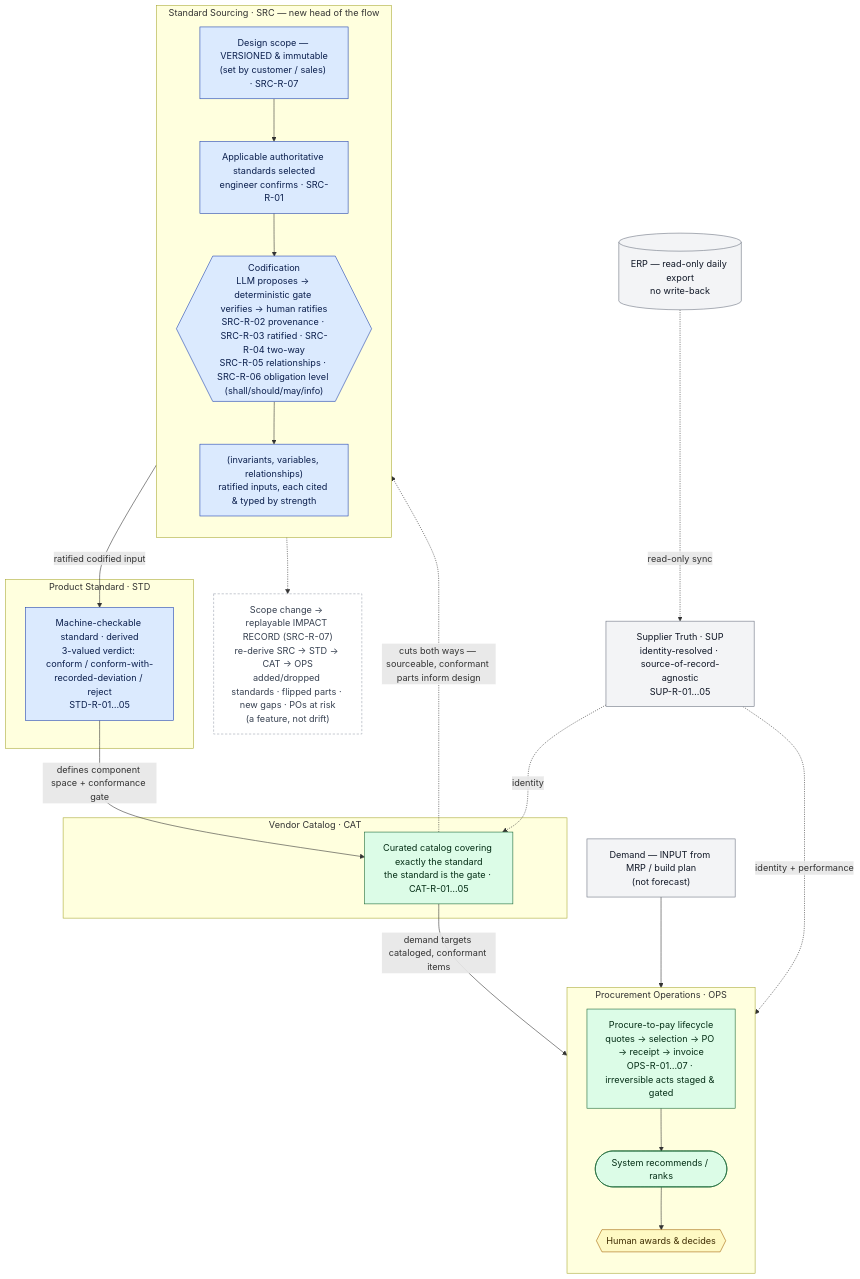
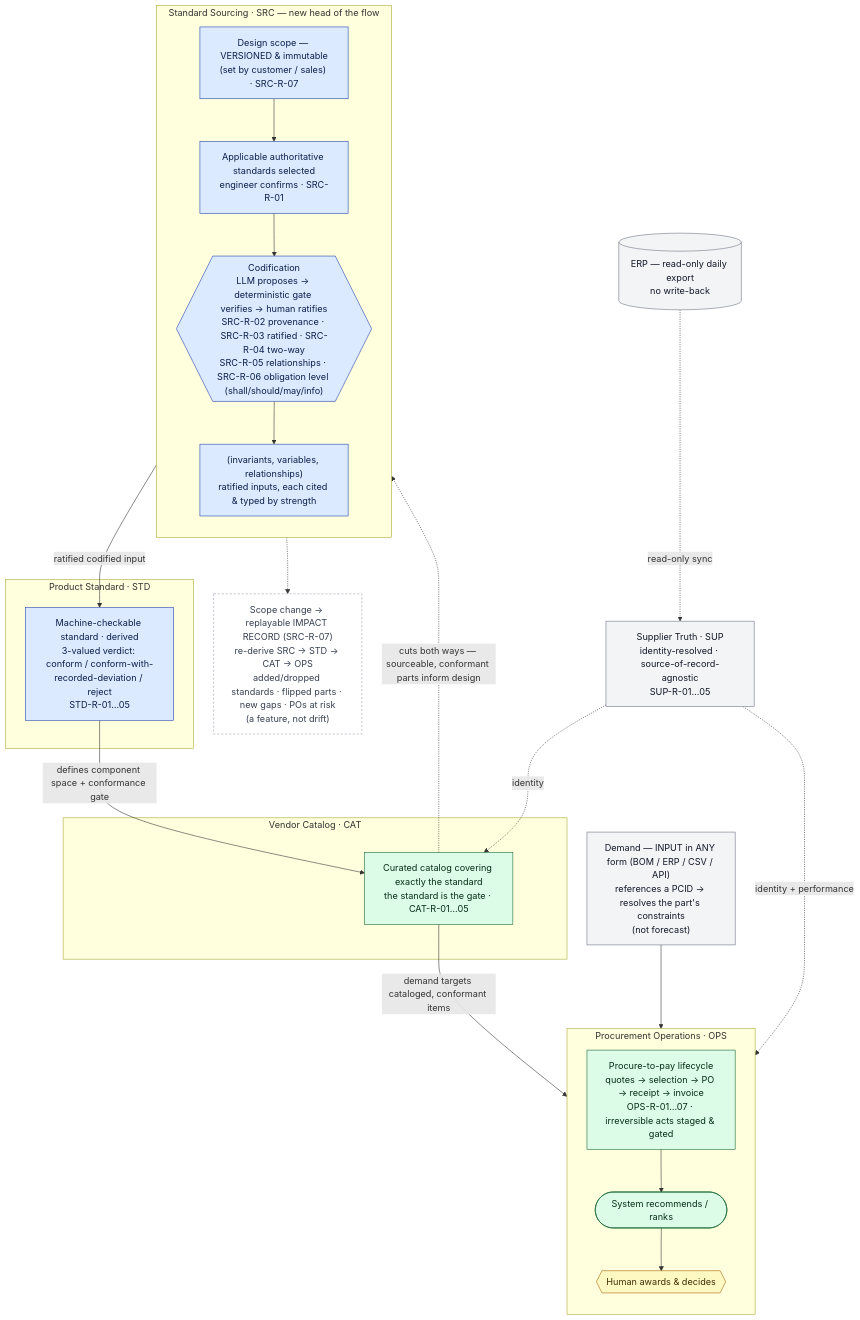
Before and after one commit to wesleytbauer/eng-procurement-demo: the diagram in docs/workflow.md, drawn with Mermaid. The commit also changed other lines of this file and 4 other files, not shown here.

````diff
--- a/docs/workflow.md
+++ b/docs/workflow.md
@@ -11,48 +11,48 @@
 ```mermaid
 flowchart TD
     subgraph SRC["Standard Sourcing · SRC — new head of the flow"]
         direction TB
         A["Design scope — VERSIONED &amp; immutable<br/>(set by customer / sales) · SRC-R-07"]
         B["Applicable authoritative standards selected<br/>engineer confirms · SRC-R-01"]
         C{{"Codification<br/>LLM proposes → deterministic gate verifies → human ratifies<br/>SRC-R-02 provenance · SRC-R-03 ratified · SRC-R-04 two-way<br/>SRC-R-05 relationships · SRC-R-06 obligation level (shall/should/may/info)"}}
         D["(invariants, variables, relationships)<br/>ratified inputs, each cited &amp; typed by strength"]
         A --> B --> C --> D
     end
     subgraph STD["Product Standard · STD"]
         E["Machine-checkable standard · derived<br/>3-valued verdict: conform / conform-with-recorded-deviation / reject<br/>STD-R-01…05"]
     end
     subgraph CAT["Vendor Catalog · CAT"]
         F["Curated catalog covering exactly the standard<br/>the standard is the gate · CAT-R-01…05"]
     end
     subgraph OPS["Procurement Operations · OPS"]
         direction TB
         G["Procure-to-pay lifecycle<br/>quotes → selection → PO → receipt → invoice<br/>OPS-R-01…07 · irreversible acts staged &amp; gated"]
         H(["System recommends / ranks"])
         I{{"Human awards &amp; decides"}}
         G --> H --> I
     end
     SUP["Supplier Truth · SUP<br/>identity-resolved · source-of-record-agnostic<br/>SUP-R-01…05"]
-    DEM["Demand — INPUT from MRP / build plan<br/>(not forecast)"]
+    DEM["Demand — INPUT in ANY form (BOM / ERP / CSV / API)<br/>references a PCID → resolves the part's constraints<br/>(not forecast)"]
     ERP[("ERP — read-only daily export<br/>no write-back")]
     D -->|"ratified codified input"| E
     E -->|"defines component space + conformance gate"| F
     F -->|"demand targets cataloged, conformant items"| G
     SUP -.->|"identity"| F
     SUP -.->|"identity + performance"| G
     ERP -.->|"read-only sync"| SUP
     DEM --> G
     F -.->|"cuts both ways — sourceable, conformant parts inform design"| B
     RIP["Scope change → replayable IMPACT RECORD (SRC-R-07)<br/>re-derive SRC → STD → CAT → OPS<br/>added/dropped standards · flipped parts · new gaps · POs at risk<br/>(a feature, not drift)"]
     A -.-> RIP
 
     classDef eng fill:#dbeafe,stroke:#1e40af,color:#0b1f4d;
     classDef proc fill:#dcfce7,stroke:#166534,color:#052e16;
     classDef human fill:#fef9c3,stroke:#a16207,color:#3f2d02;
     classDef ext fill:#f3f4f6,stroke:#6b7280,color:#111827;
     classDef note fill:#ffffff,stroke:#9ca3af,color:#374151,stroke-dasharray:4 3;
     class A,B,C,D,E eng;
     class F,G,H proc;
     class I human;
     class SUP,DEM,ERP ext;
     class RIP note;
 ```
````
